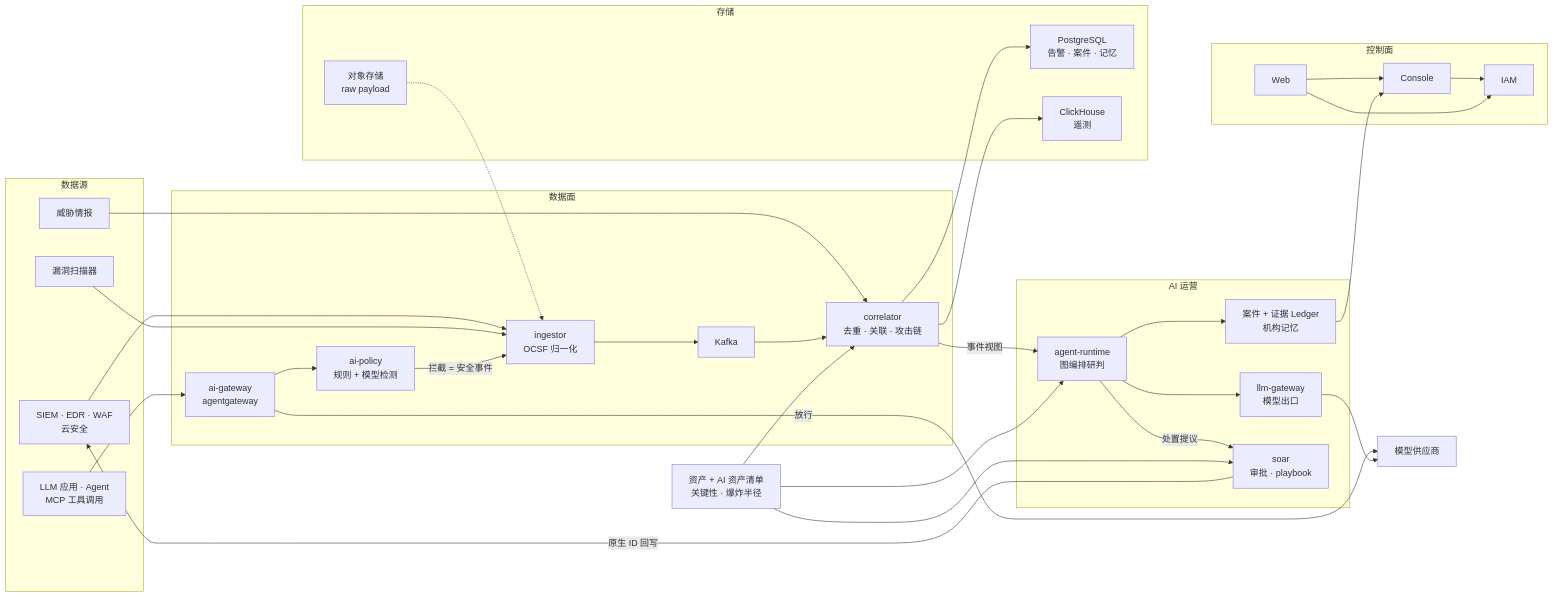
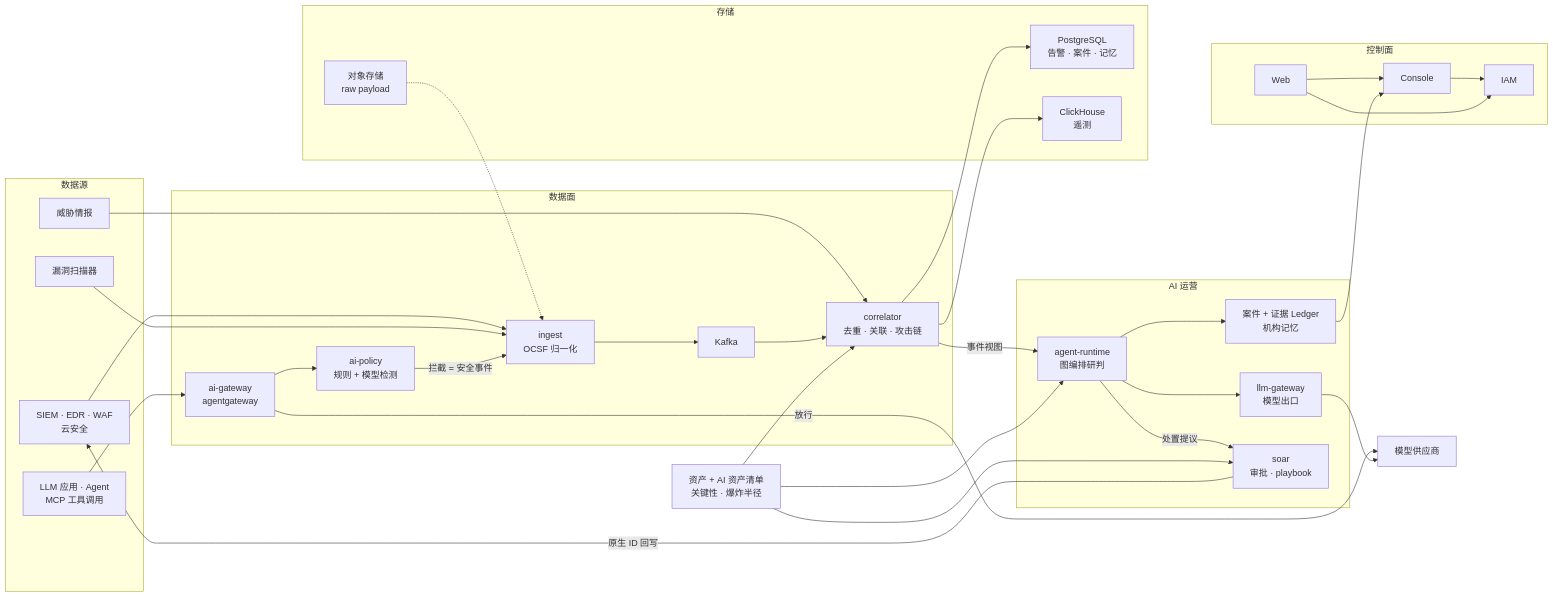
The diagram in README.zh-CN.md (EayonLee/SecPlexus), drawn with Mermaid before and after one commit. The commit also changed other lines of this file and 476 other files, not shown here.

````diff
--- a/README.zh-CN.md
+++ b/README.zh-CN.md
@@ -85,58 +85,58 @@
 ```mermaid
 flowchart LR
   subgraph SRC["数据源"]
     A["SIEM · EDR · WAF<br/>云安全"]
     V["漏洞扫描器"]
     T["威胁情报"]
     AI["LLM 应用 · Agent<br/>MCP 工具调用"]
   end
 
   subgraph DATA["数据面"]
-    ING["ingestor<br/>OCSF 归一化"]
+    ING["ingest<br/>OCSF 归一化"]
     K["Kafka"]
     COR["correlator<br/>去重 · 关联 · 攻击链"]
     AG["ai-gateway<br/>agentgateway"]
     AIP["ai-policy<br/>规则 + 模型检测"]
   end
 
   subgraph BRAIN["AI 运营"]
     AR["agent-runtime<br/>图编排研判"]
     LG["llm-gateway<br/>模型出口"]
     MEM["案件 + 证据 Ledger<br/>机构记忆"]
     SOAR["soar<br/>审批 · playbook"]
   end
 
   subgraph STORE["存储"]
     PG["PostgreSQL<br/>告警 · 案件 · 记忆"]
     CH["ClickHouse<br/>遥测"]
     OS["对象存储<br/>raw payload"]
   end
 
   subgraph CTRL["控制面"]
     W["Web"] --> C["Console"] --> I["IAM"]
     W --> I
   end
 
   P["模型供应商"]
   ASSET["资产 + AI 资产清单<br/>关键性 · 爆炸半径"]
 
   A --> ING
   V --> ING
   T --> COR
   AI --> AG --> AIP
   AIP -->|"拦截 = 安全事件"| ING
   AG -->|"放行"| P
   ING --> K --> COR
   COR --> PG
   COR --> CH
   COR -->|"事件视图"| AR
   AR --> LG --> P
   AR --> MEM
   MEM --> C
   AR -->|"处置提议"| SOAR
   SOAR -->|"原生 ID 回写"| A
   ASSET --> COR
   ASSET --> AR
   ASSET --> SOAR
   OS -.-> ING
 ```
````
